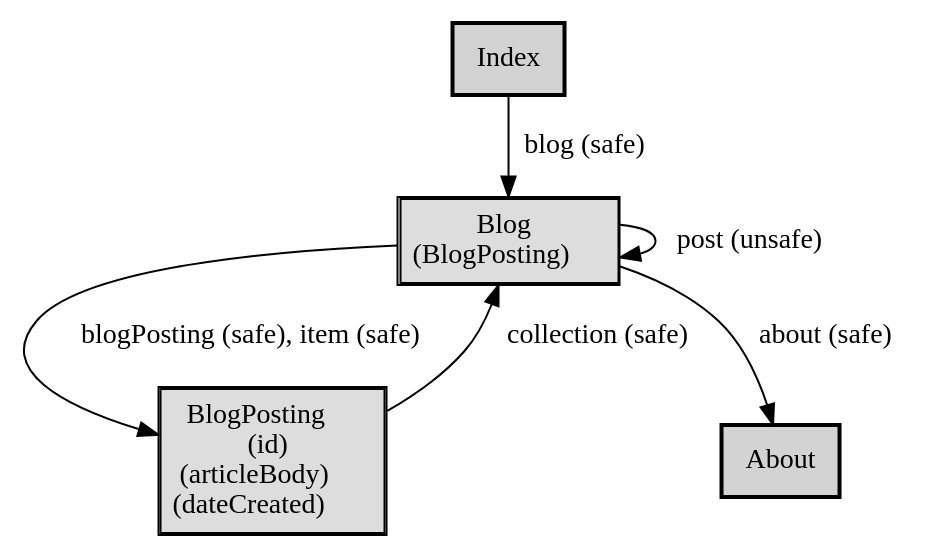
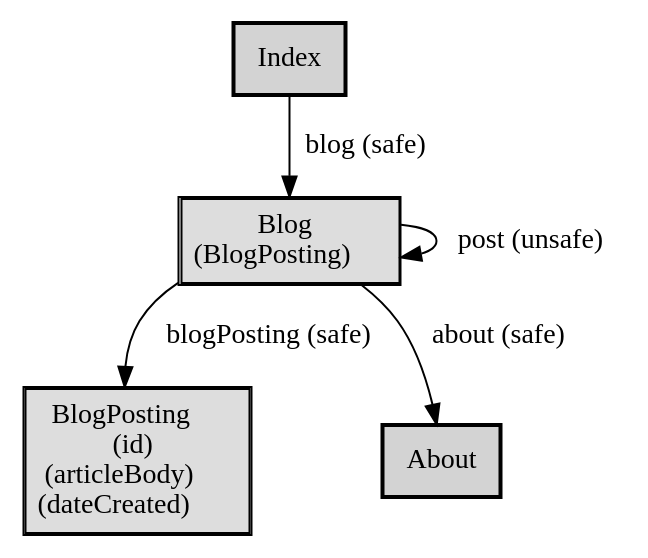
Before and after one commit to alps-asd/app-state-diagram: the diagram in demo/profile.example.dot, drawn with Graphviz. The commit also changed 3 other files, not shown here.

Commit message:
Remove well-kown rel collection and item

```diff
--- a/demo/profile.example.dot
+++ b/demo/profile.example.dot
@@ -1,11 +1,11 @@
 digraph application_state_diagram {
     node [shape = box, style = "bold,filled"];
 
-    Blog [style=solid, margin=0.02, label=<<table cellspacing="0" cellpadding="5" cellborder="1" border="0"><tr><td bgcolor="#dddddd">Blog<br />(BlogPosting)<br /></td></tr></table>>,shape=box]    BlogPosting [style=solid, margin=0.02, label=<<table cellspacing="0" cellpadding="5" cellborder="1" border="0"><tr><td bgcolor="#dddddd">BlogPosting<br />(id)<br />(articleBody)<br />(dateCreated)<br /></td></tr></table>>,shape=box]
+    Blog [style=solid, margin=0.02, label=<<table cellspacing="0" cellpadding="5" cellborder="1" border="0"><tr><td bgcolor="#dddddd">Blog<br />(BlogPosting)<br /></td></tr></table>>,shape=box]
+    BlogPosting [style=solid, margin=0.02, label=<<table cellspacing="0" cellpadding="5" cellborder="1" border="0"><tr><td bgcolor="#dddddd">BlogPosting<br />(id)<br />(articleBody)<br />(dateCreated)<br /></td></tr></table>>,shape=box]
 
     Index->Blog [label = "blog (safe)"];
-    Blog->BlogPosting [label = "blogPosting (safe), item (safe)"];
+    Blog->BlogPosting [label = "blogPosting (safe)"];
     Blog->Blog [label = "post (unsafe)"];
     Blog->About [label = "about (safe)"];
-    BlogPosting->Blog [label = "collection (safe)"];
 }
```
